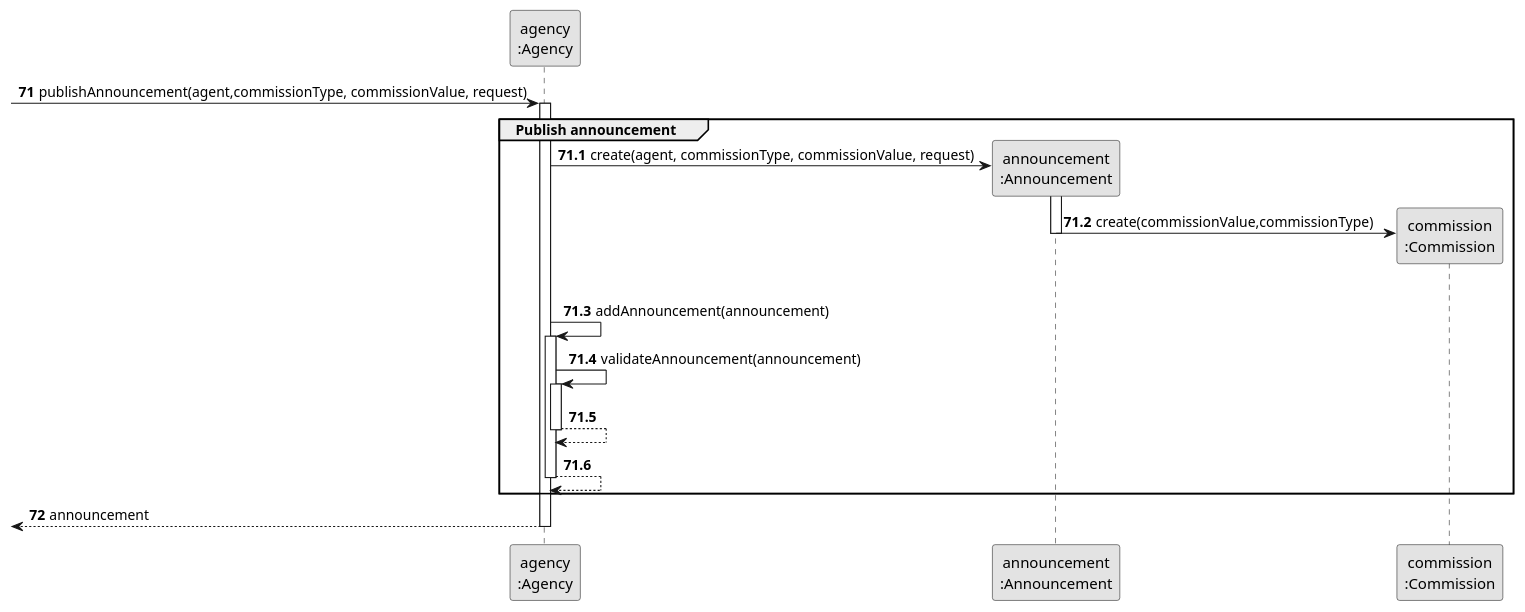
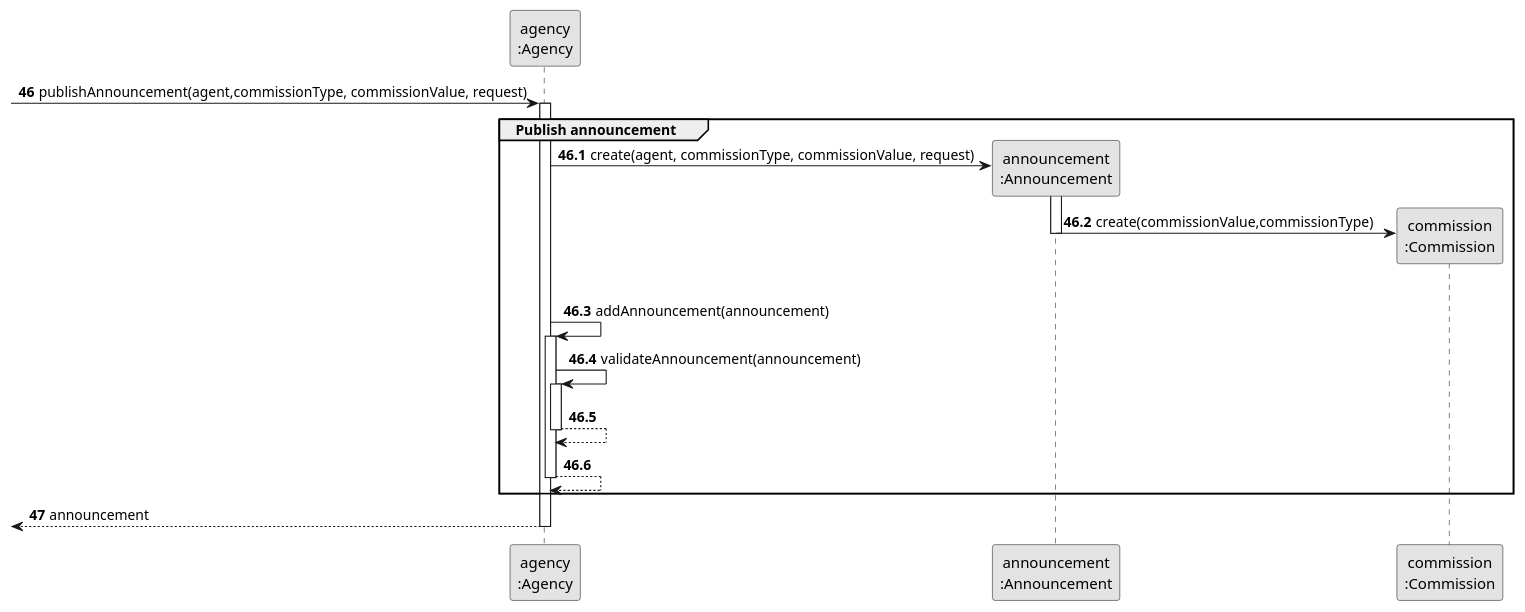
The diagram in docs/sprintC/us008/03.design/puml/us008-sequence-diagram-partial-publish-announcement.puml (rita-barbosa/LAPR2-2223), drawn with PlantUML before and after one commit. The commit also changed 13 other files, not shown here.

```diff
--- a/docs/sprintC/us008/03.design/puml/us008-sequence-diagram-partial-publish-announcement.puml
+++ b/docs/sprintC/us008/03.design/puml/us008-sequence-diagram-partial-publish-announcement.puml
@@ -1,48 +1,48 @@
 @startuml
 skinparam monochrome true
 skinparam packageStyle rectangle
 skinparam shadowing false
 
 participant "agency\n:Agency" as AGENCY
 participant "announcement\n:Announcement" as AD
 participant "commission\n:Commission" as COMMISSION
 
-autonumber 71
+autonumber 46
 
              -> AGENCY : publishAnnouncement(agent,commissionType, commissionValue, request)
              activate AGENCY
 
-autonumber 71.1
+autonumber 46.1
 
     group Publish announcement
 
 
                 AGENCY -> AD**: create(agent, commissionType, commissionValue, request)
                 activate AD
 
                 AD -> COMMISSION** : create(commissionValue,commissionType)
 
                 |||
                 deactivate AD
 
                 AGENCY -> AGENCY: addAnnouncement(announcement)
 
                 activate AGENCY
                     AGENCY -> AGENCY: validateAnnouncement(announcement)
                     activate AGENCY
                         AGENCY --> AGENCY
                     deactivate AGENCY
 
                     AGENCY --> AGENCY
 
             deactivate  AGENCY
     end
 
-autonumber 72
+autonumber 47
 
     <-- AGENCY : announcement
     deactivate AGENCY
 
 
 
 @enduml
```
